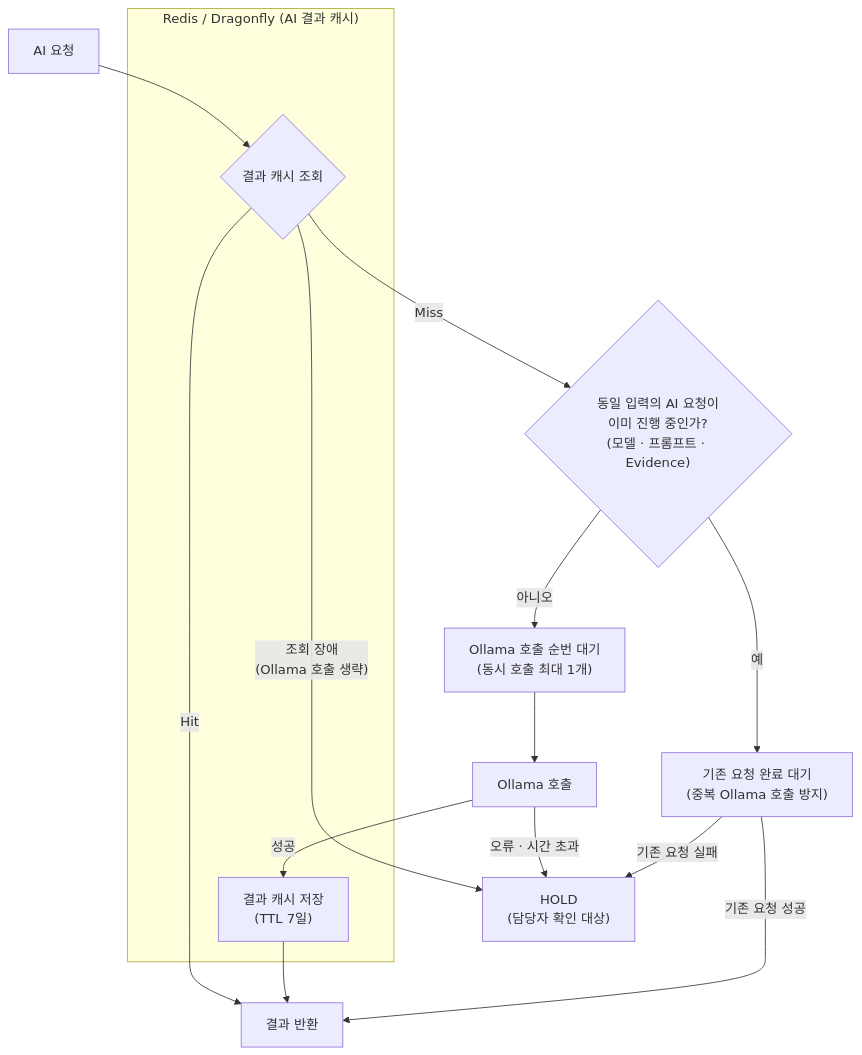
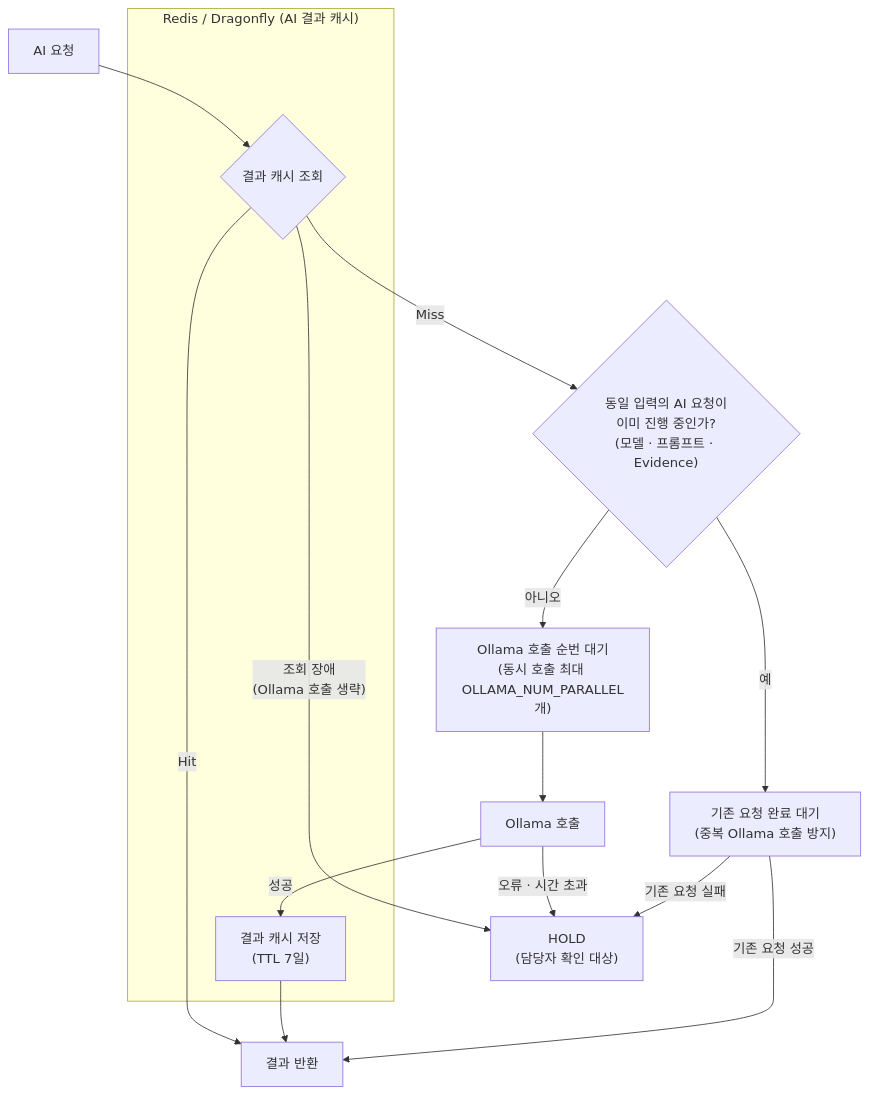
Before and after one commit to 1Tsw0rd/shire-guard: the ninth of 12 diagrams in README.md, drawn with Mermaid. The commit also changed other lines of this file, not shown here.

````diff
--- a/README.md
+++ b/README.md
@@ -793,28 +794,28 @@
 ```mermaid
 flowchart TD
     REQ["AI 요청"] --> CACHE
 
     subgraph REDIS["Redis / Dragonfly (AI 결과 캐시)"]
         SPACER[" "]
         CACHE{"결과 캐시 조회"}
         SAVE["결과 캐시 저장<br/>(TTL 7일)"]
         SPACER ~~~ CACHE
     end
 
     style SPACER fill:none,stroke:none
 
     CACHE -->|"Hit"| RET["결과 반환"]
     CACHE -->|"조회 장애<br/>(Ollama 호출 생략)"| HOLD["HOLD<br/>(담당자 확인 대상)"]
     CACHE -->|"Miss"| SF{"동일 입력의 AI 요청이<br/>이미 진행 중인가?<br/>(모델 · 프롬프트 · Evidence)"}
 
     SF -->|"예"| JOIN["기존 요청 완료 대기<br/>(중복 Ollama 호출 방지)"]
-    SF -->|"아니오"| Q["Ollama 호출 순번 대기<br/>(동시 호출 최대 1개)"]
+    SF -->|"아니오"| Q["Ollama 호출 순번 대기<br/>(동시 호출 최대 OLLAMA_NUM_PARALLEL개)"]
 
     Q --> OL["Ollama 호출"]
     OL -->|"성공"| SAVE
     OL -->|"오류 · 시간 초과"| HOLD
 
     SAVE --> RET
     JOIN -->|"기존 요청 성공"| RET
     JOIN -->|"기존 요청 실패"| HOLD
 ```
````
